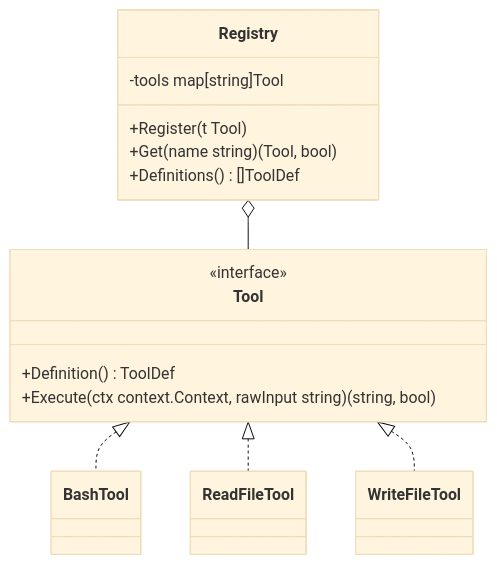
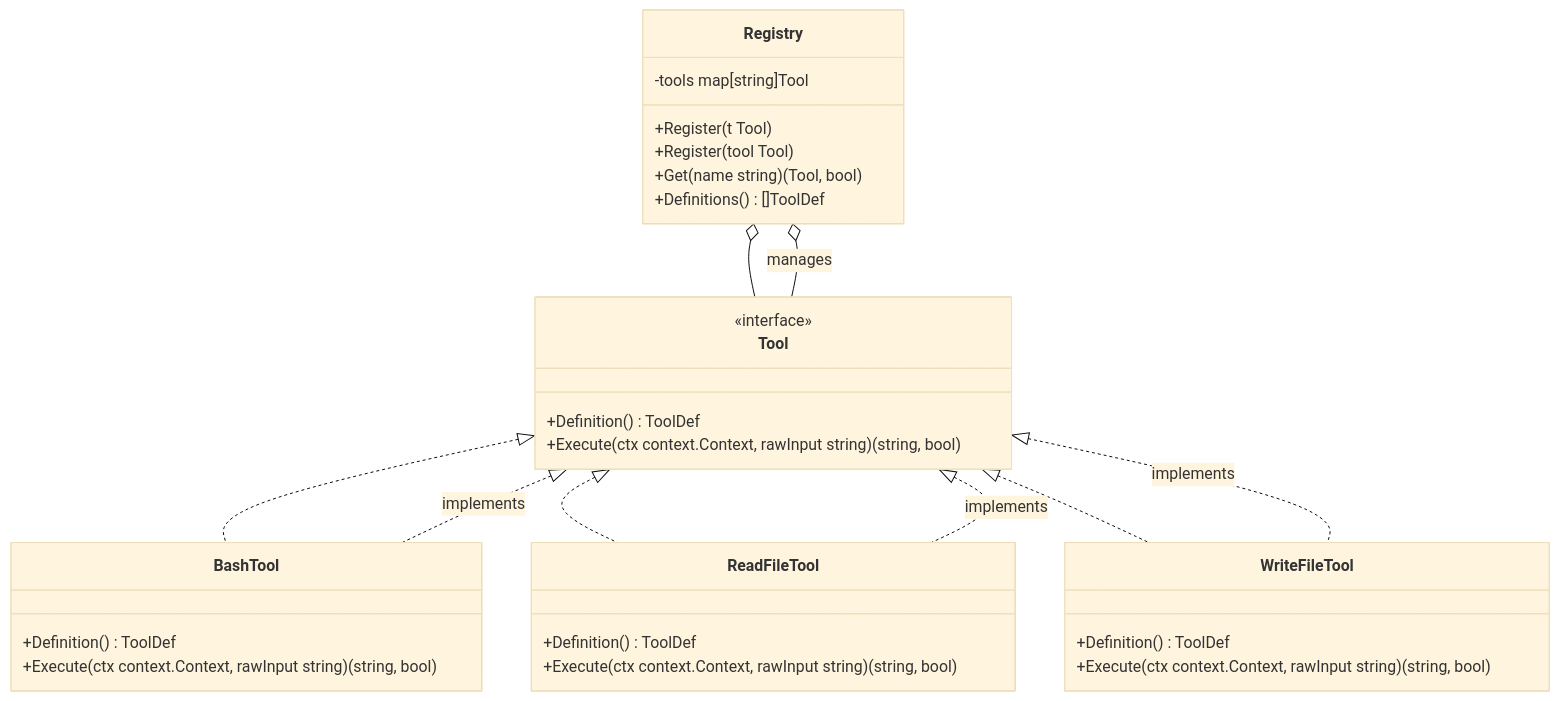
The diagram in docs/steps/09-tool-registry.md (AntonioHellin/phi-code-agent), drawn with Mermaid (base theme) before and after one commit. The commit also changed other lines of this file and 8 other files, not shown here.

Commit message:
step/09-tool-registry: feat: implement plug-and-play tool registry and self-registering tools

````diff
--- a/docs/steps/09-tool-registry.md
+++ b/docs/steps/09-tool-registry.md
@@ -9,24 +11,43 @@
 ```mermaid
 classDiagram
     class Tool {
         <<interface>>
         +Definition() ToolDef
         +Execute(ctx context.Context, rawInput string) (string, bool)
     }
 
     class Registry {
         -tools map[string]Tool
         +Register(t Tool)
+        +Register(tool Tool)
         +Get(name string) (Tool, bool)
         +Definitions() []ToolDef
     }
 
     class BashTool
     class ReadFileTool
     class WriteFileTool
+    class BashTool {
+        +Definition() ToolDef
+        +Execute(ctx context.Context, rawInput string) (string, bool)
+    }
 
     Tool <|.. BashTool
     Tool <|.. ReadFileTool
     Tool <|.. WriteFileTool
     Registry o-- Tool
+    class ReadFileTool {
+        +Definition() ToolDef
+        +Execute(ctx context.Context, rawInput string) (string, bool)
+    }
+
+    class WriteFileTool {
+        +Definition() ToolDef
+        +Execute(ctx context.Context, rawInput string) (string, bool)
+    }
+
+    Tool <|.. BashTool : implements
+    Tool <|.. ReadFileTool : implements
+    Tool <|.. WriteFileTool : implements
+    Registry o-- Tool : manages
 ```
````
